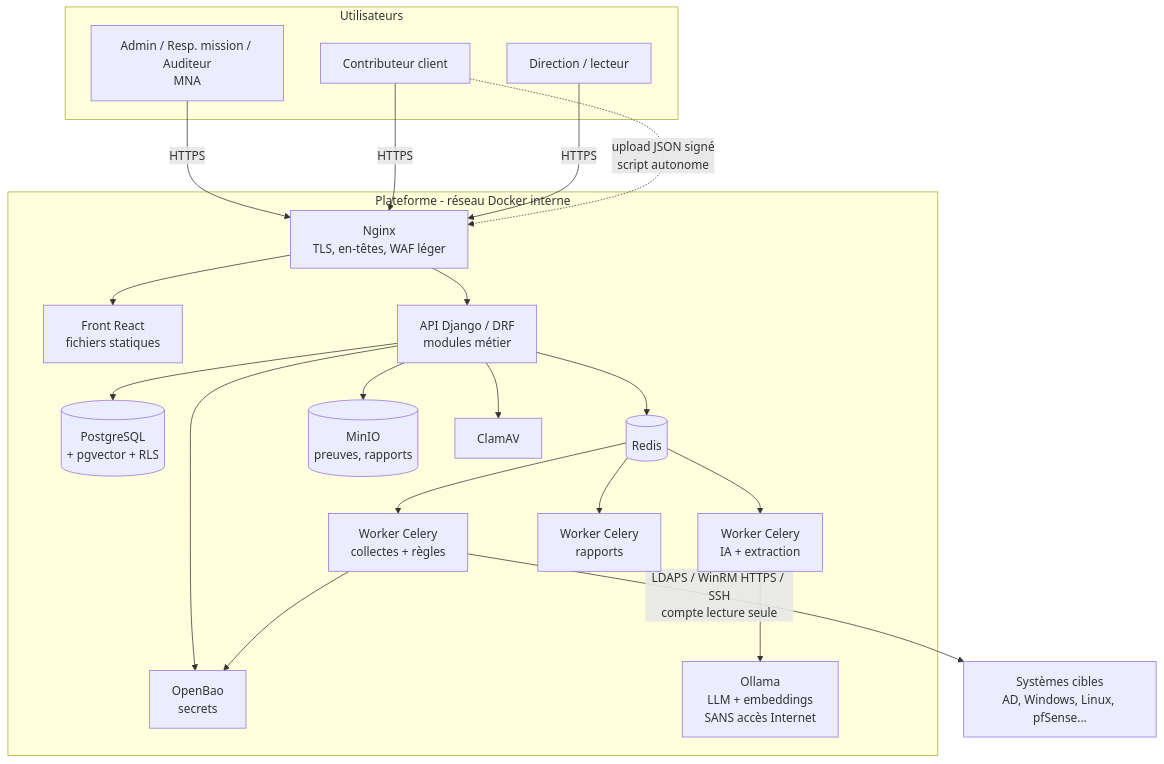
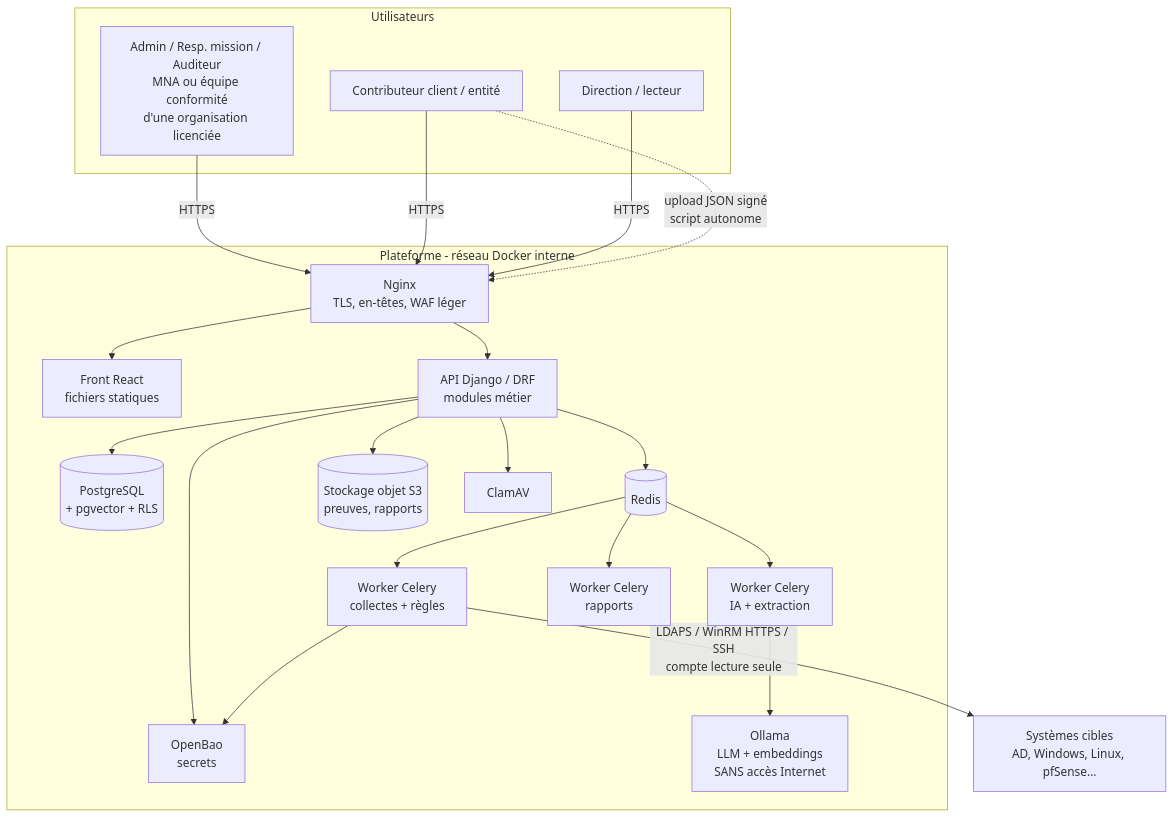
One commit to arixstoo/PFE changed the first of 4 diagrams in conception/Architecture_Technique.md. Above: the diagram before and after it, drawn with Mermaid. The commit also changed other lines of this file and 21 other files, not shown here.

````diff
--- a/conception/Architecture_Technique.md
+++ b/conception/Architecture_Technique.md
@@ -37,28 +41,28 @@
 ```mermaid
 flowchart TB
     subgraph Users[Utilisateurs]
-        U1[Admin / Resp. mission / Auditeur<br/>MNA]
-        U2[Contributeur client]
+        U1[Admin / Resp. mission / Auditeur<br/>MNA ou équipe conformité<br/>d'une organisation licenciée]
+        U2[Contributeur client / entité]
         U3[Direction / lecteur]
     end
 
     U1 & U2 & U3 -->|HTTPS| NGINX[Nginx<br/>TLS, en-têtes, WAF léger]
 
     subgraph App[Plateforme - réseau Docker interne]
         NGINX --> FE[Front React<br/>fichiers statiques]
         NGINX --> API[API Django / DRF<br/>modules métier]
         API --> PG[(PostgreSQL<br/>+ pgvector + RLS)]
         API --> REDIS[(Redis)]
-        API --> MINIO[(MinIO<br/>preuves, rapports)]
+        API --> MINIO[(Stockage objet S3<br/>preuves, rapports)]
         API --> BAO[OpenBao<br/>secrets]
         REDIS --> W1[Worker Celery<br/>collectes + règles]
         REDIS --> W2[Worker Celery<br/>IA + extraction]
         REDIS --> W3[Worker Celery<br/>rapports]
         W2 --> OLLAMA[Ollama<br/>LLM + embeddings<br/>SANS accès Internet]
         API --> CLAM[ClamAV]
         W1 --> BAO
     end
 
     W1 -->|LDAPS / WinRM HTTPS / SSH<br/>compte lecture seule| TARGETS[Systèmes cibles<br/>AD, Windows, Linux, pfSense...]
     U2 -.->|upload JSON signé<br/>script autonome| NGINX
 ```
````
